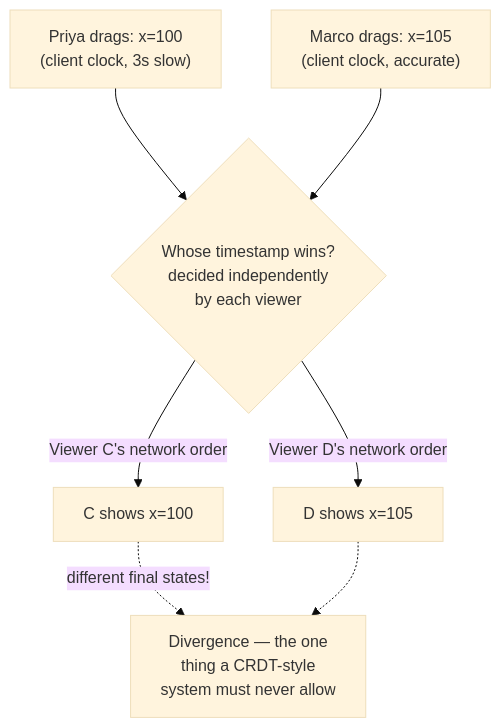
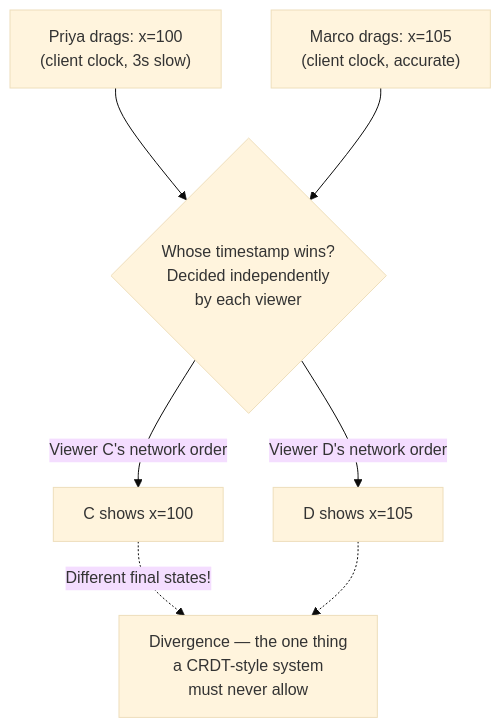
The fifth of 14 diagrams in system-design/HLD/0-course/55-Design-a-Real-Time-Collaborative-Canvas-Figma-FAANG-Guide-story.md (riyaz-pasha/Learnings), drawn with Mermaid (base theme) before and after one commit. The commit also changed other lines of this file and 1 other file, not shown here.

Commit message:
[REWRITE] Real-Time Collaborative Canvas Figma story guide: simplify prose, add structure, fix diagrams

````diff
--- a/system-design/HLD/0-course/55-Design-a-Real-Time-Collaborative-Canvas-Figma-FAANG-Guide-story.md
+++ b/system-design/HLD/0-course/55-Design-a-Real-Time-Collaborative-Canvas-Figma-FAANG-Guide-story.md
@@ -121,9 +275,9 @@
 ```mermaid
 flowchart TD
-    A["Priya drags: x=100\n(client clock, 3s slow)"] --> Tie{"Whose timestamp wins?\ndecided independently\nby each viewer"}
-    B["Marco drags: x=105\n(client clock, accurate)"] --> Tie
+    A["Priya drags: x=100<br/>(client clock, 3s slow)"] --> Tie{"Whose timestamp wins?<br/>Decided independently<br/>by each viewer"}
+    B["Marco drags: x=105<br/>(client clock, accurate)"] --> Tie
     Tie -->|"Viewer C's network order"| R1["C shows x=100"]
     Tie -->|"Viewer D's network order"| R2["D shows x=105"]
-    R1 -.->|"different final states!"| Bad["Divergence — the one\nthing a CRDT-style\nsystem must never allow"]
+    R1 -.->|"Different final states!"| Bad["Divergence — the one thing<br/>a CRDT-style system<br/>must never allow"]
     R2 -.-> Bad
 ```
````
